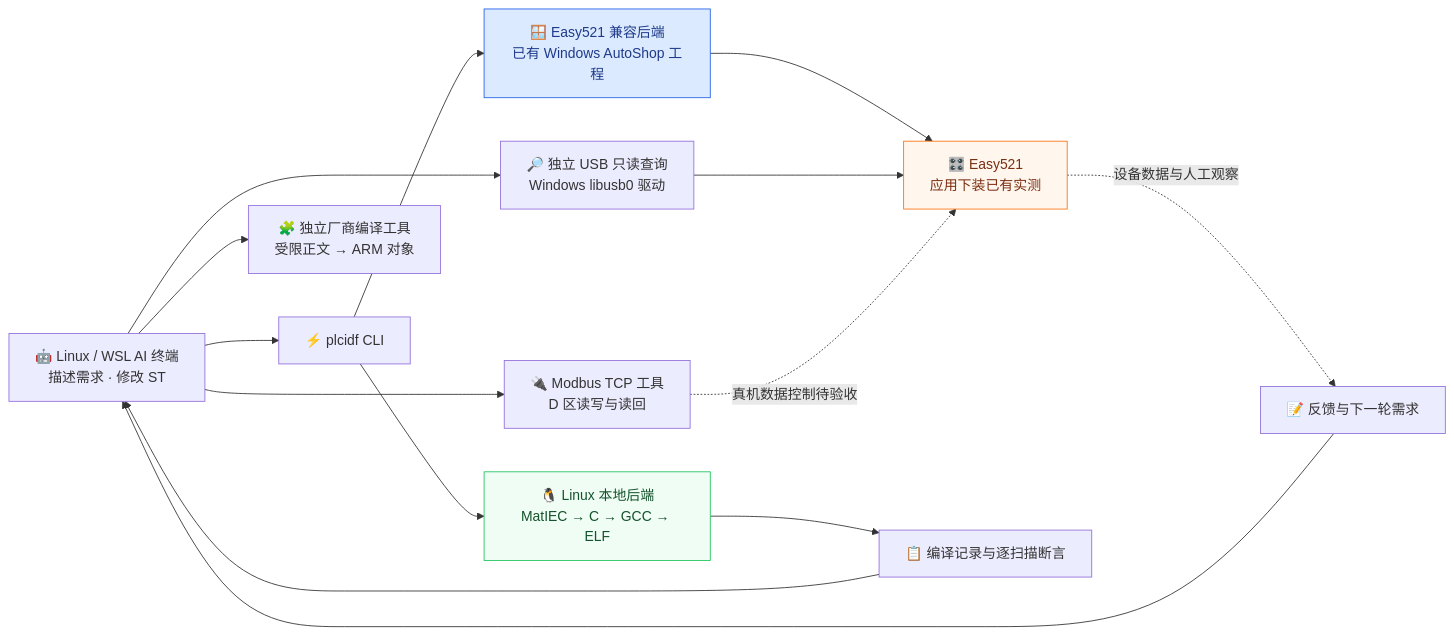
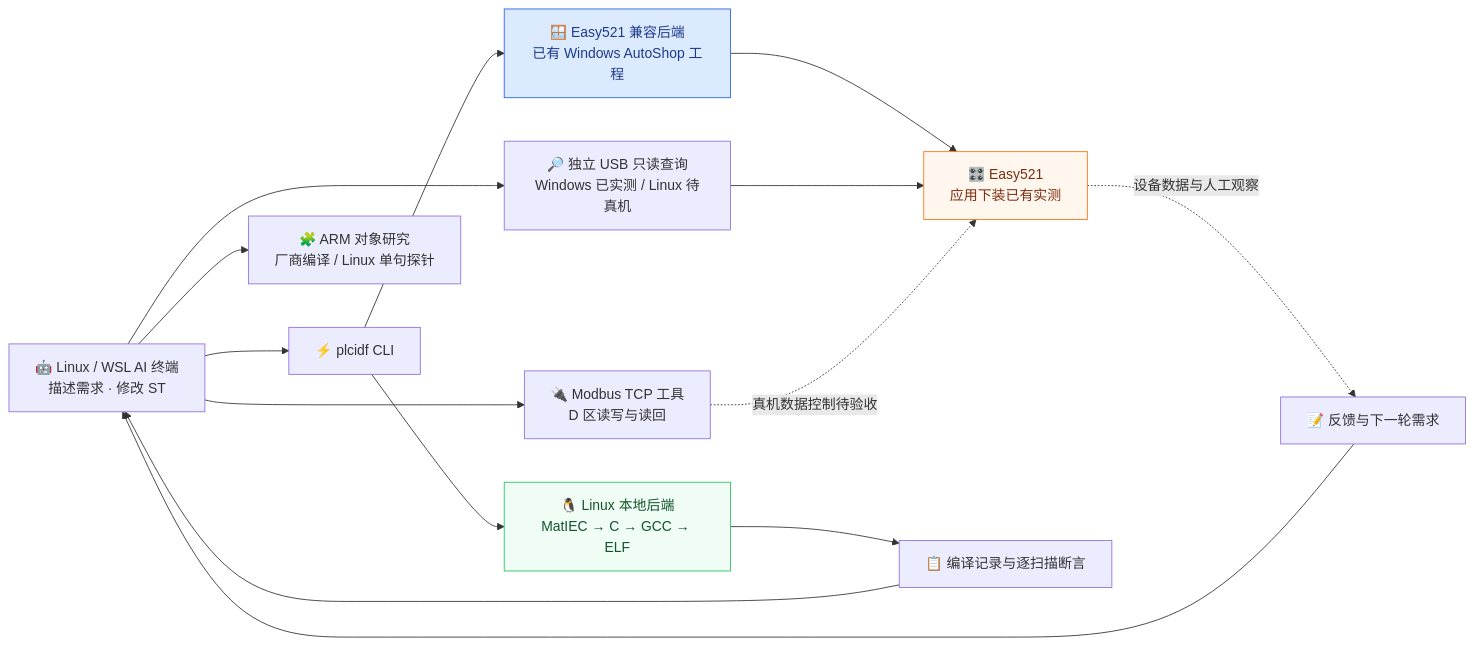
One commit to BUG423/other-plc-idf changed the diagram in README.md. Above: the diagram before and after it, drawn with Mermaid. The commit also changed other lines of this file and 41 other files, not shown here.

Commit message:
feat: add native Linux USB reads and restricted ARM compilation

````diff
--- a/README.md
+++ b/README.md
@@ -16,20 +16,20 @@
 ```mermaid
 flowchart LR
     AI["🤖 Linux / WSL AI 终端<br/>描述需求 · 修改 ST"] --> CLI["⚡ plcidf CLI"]
     CLI --> OPEN["🐧 Linux 本地后端<br/>MatIEC → C → GCC → ELF"]
     CLI --> VENDOR["🪟 Easy521 兼容后端<br/>已有 Windows AutoShop 工程"]
     AI --> DATA["🔌 Modbus TCP 工具<br/>D 区读写与读回"]
-    AI --> USB["🔎 独立 USB 只读查询<br/>Windows libusb0 驱动"]
-    AI --> OBJECT["🧩 独立厂商编译工具<br/>受限正文 → ARM 对象"]
+    AI --> USB["🔎 独立 USB 只读查询<br/>Windows 已实测 / Linux 待真机"]
+    AI --> OBJECT["🧩 ARM 对象研究<br/>厂商编译 / Linux 单句探针"]
     VENDOR --> PLC["🎛️ Easy521<br/>应用下装已有实测"]
     USB --> PLC
     DATA -.->|"真机数据控制待验收"| PLC
     OPEN --> REPORT["📋 编译记录与逐扫描断言"]
     PLC -.->|"设备数据与人工观察"| FEEDBACK["📝 反馈与下一轮需求"]
     REPORT --> AI
     FEEDBACK --> AI
 
     style OPEN fill:#f0fdf4,stroke:#22c55e,color:#14532d
     style VENDOR fill:#dbeafe,stroke:#2563eb,color:#1e3a8a
     style PLC fill:#fff7ed,stroke:#f97316,color:#7c2d12
 ```
````
